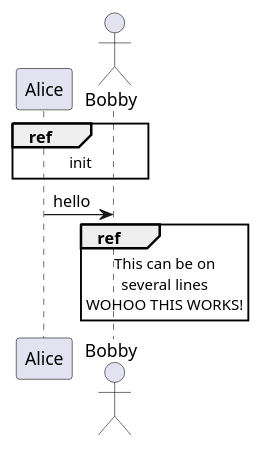
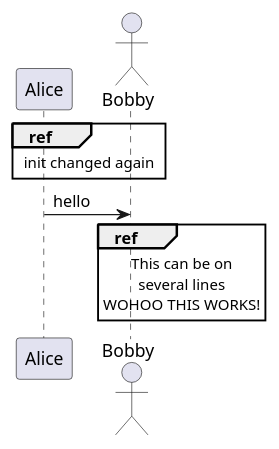
One commit to paskahlisanjas/diagram-as-code changed the diagram in new-diagram.puml. Above: the diagram before and after it, drawn with PlantUML.

Commit message:
feat: make some changes

```diff
--- a/new-diagram.puml
+++ b/new-diagram.puml
@@ -1,14 +1,14 @@
 @startuml
 participant Alice
 actor Bobby
 
-ref over Alice, Bobby : init
+ref over Alice, Bobby : init changed again
 
 Alice -> Bobby : hello
 
 ref over Bobby
   This can be on
   several lines
   WOHOO THIS WORKS!
 end ref
 @enduml
```
